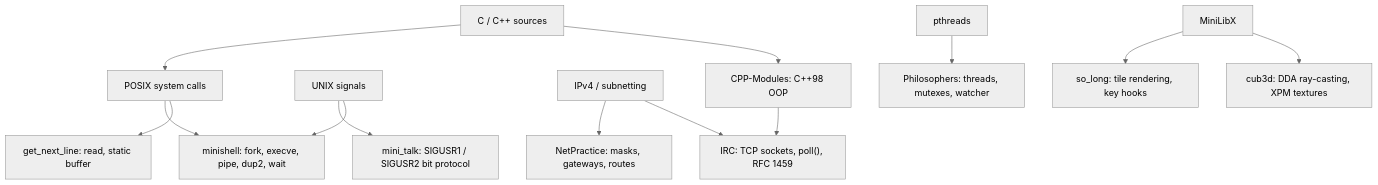
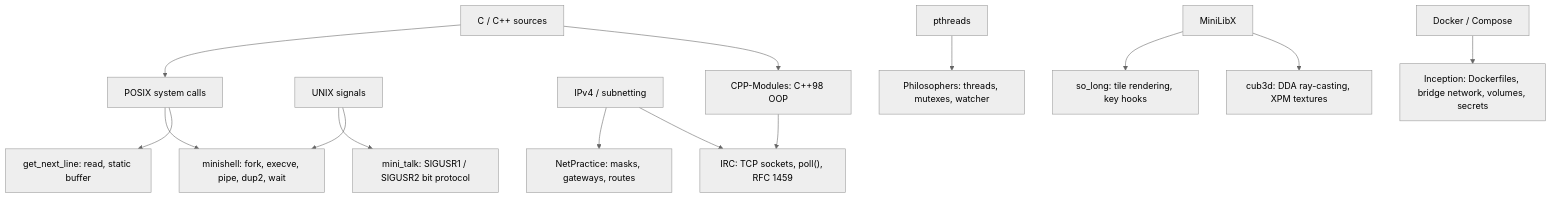
Before and after one commit to Liams-theCreator/1337-projects: the second of 2 diagrams in README.md, drawn with Mermaid (neutral theme). The commit also changed other lines of this file, not shown here.

Commit message:
docs: add Inception to root README

````diff
--- a/README.md
+++ b/README.md
@@ -58,22 +58,24 @@
 ```mermaid
 graph TD
     C["C / C++ sources"]
     POSIX["POSIX system calls"]
     MLX["MiniLibX"]
     THREADS["pthreads"]
     SIGNALS["UNIX signals"]
     NET["IPv4 / subnetting"]
+    DOCKER["Docker / Compose"]
 
     C --> POSIX
     POSIX --> minishell["minishell: fork, execve, pipe, dup2, wait"]
     POSIX --> gnl2["get_next_line: read, static buffer"]
     SIGNALS --> mini_talk["mini_talk: SIGUSR1 / SIGUSR2 bit protocol"]
     SIGNALS --> minishell
     THREADS --> philo["Philosophers: threads, mutexes, watcher"]
     MLX --> so_long2["so_long: tile rendering, key hooks"]
     MLX --> cub3d2["cub3d: DDA ray-casting, XPM textures"]
     NET --> netpractice["NetPractice: masks, gateways, routes"]
     NET --> irc["IRC: TCP sockets, poll(), RFC 1459"]
+    DOCKER --> inception["Inception: Dockerfiles, bridge network, volumes, secrets"]
     C --> cpp["CPP-Modules: C++98 OOP"]
     cpp --> irc
 ```
````
